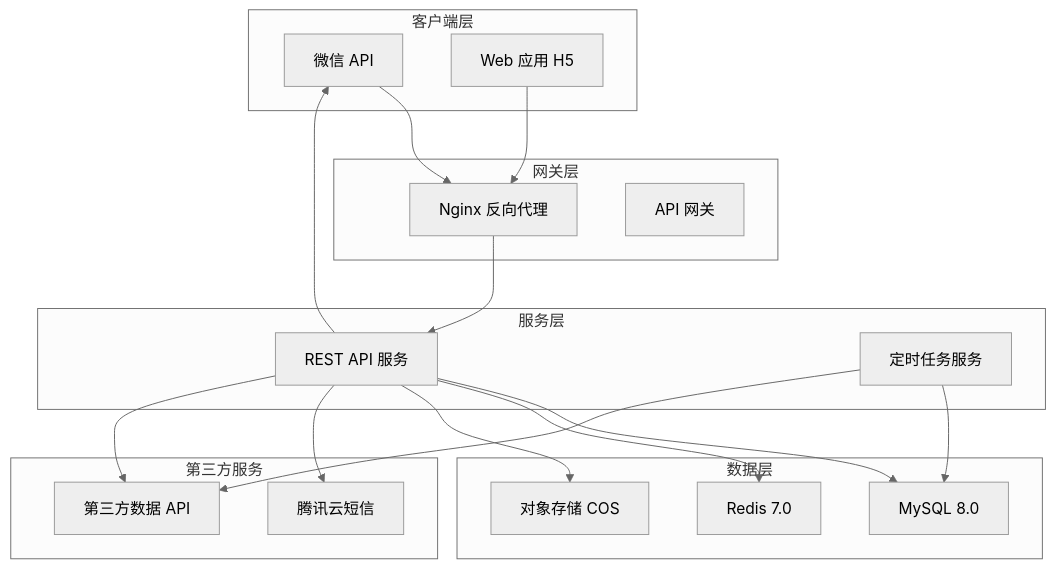
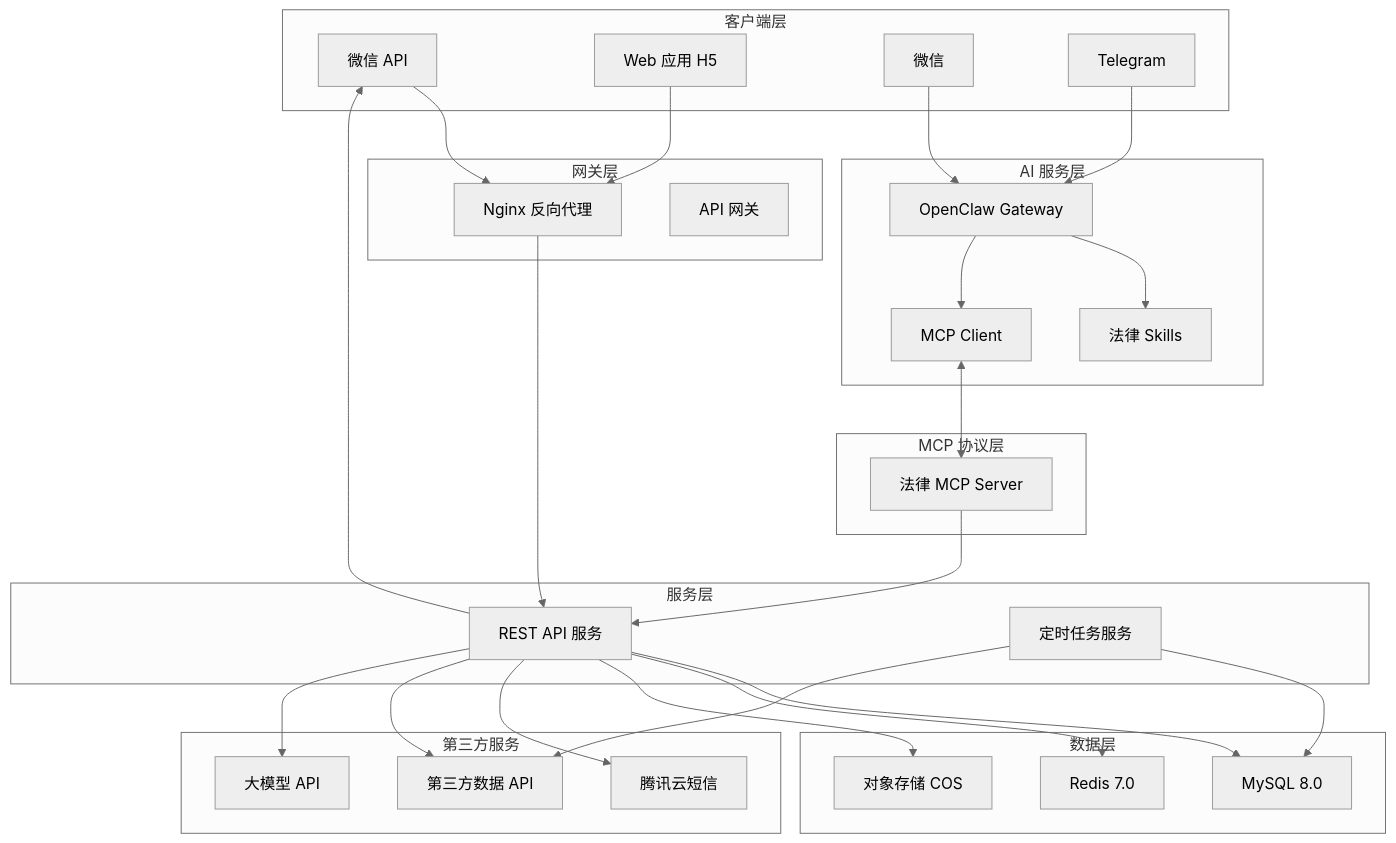
One commit to YUGUO-YU/legal-assistant changed the first of 9 diagrams in .monkeycode/docs/ARCHITECTURE.md. Above: the diagram before and after it, drawn with Mermaid (neutral theme). The commit also changed other lines of this file and 2 other files, not shown here.

First line of the commit message:
feat: 集成 OpenClaw AI 助手服务

````diff
--- a/.monkeycode/docs/ARCHITECTURE.md
+++ b/.monkeycode/docs/ARCHITECTURE.md
@@ -25,41 +25,61 @@
 ```mermaid
 graph TB
     subgraph 客户端层
         WX["微信小程序"]
         WEB["Web 应用 H5"]
+        WECHAT["微信"]
+        TELEGRAM["Telegram"]
+    end
+
+    subgraph AI 服务层
+        OC["OpenClaw Gateway"]
+        OC_SKILL["法律 Skills"]
+        OC_MCP["MCP Client"]
+    end
+
+    subgraph MCP 协议层
+        MCP["法律 MCP Server"]
     end
 
     subgraph 网关层
         NGINX["Nginx 反向代理"]
         APIGW["API 网关"]
     end
 
     subgraph 服务层
         API["REST API 服务"]
         JOB["定时任务服务"]
     end
 
     subgraph 数据层
         MYSQL["MySQL 8.0"]
         REDIS["Redis 7.0"]
         OSS["对象存储 COS"]
     end
 
     subgraph 第三方服务
         SMS["腾讯云短信"]
         WX["微信 API"]
         THIRD["第三方数据 API"]
+        LLM["大模型 API"]
     end
 
     WX --> NGINX
     WEB --> NGINX
+    WECHAT --> OC
+    TELEGRAM --> OC
+    OC --> OC_SKILL
+    OC --> OC_MCP
+    OC_MCP <--> MCP
     NGINX --> API
+    MCP --> API
     API --> MYSQL
     API --> REDIS
     API --> OSS
     API --> SMS
     API --> WX
     API --> THIRD
+    API --> LLM
     JOB --> MYSQL
     JOB --> THIRD
 ```
````
